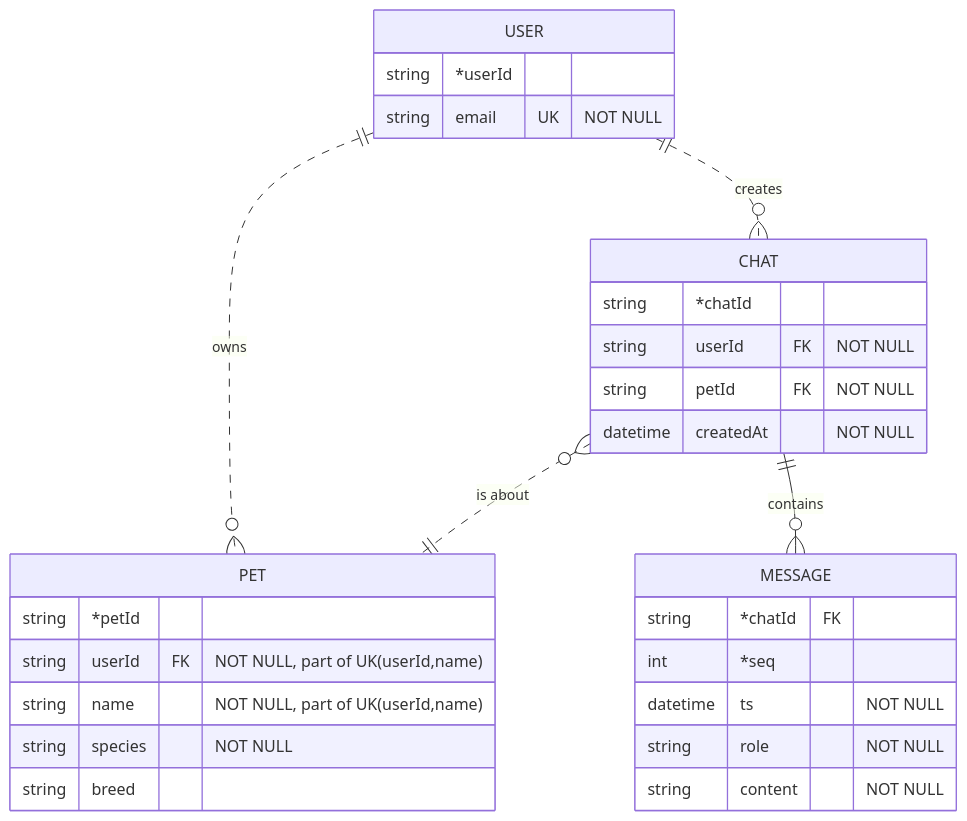
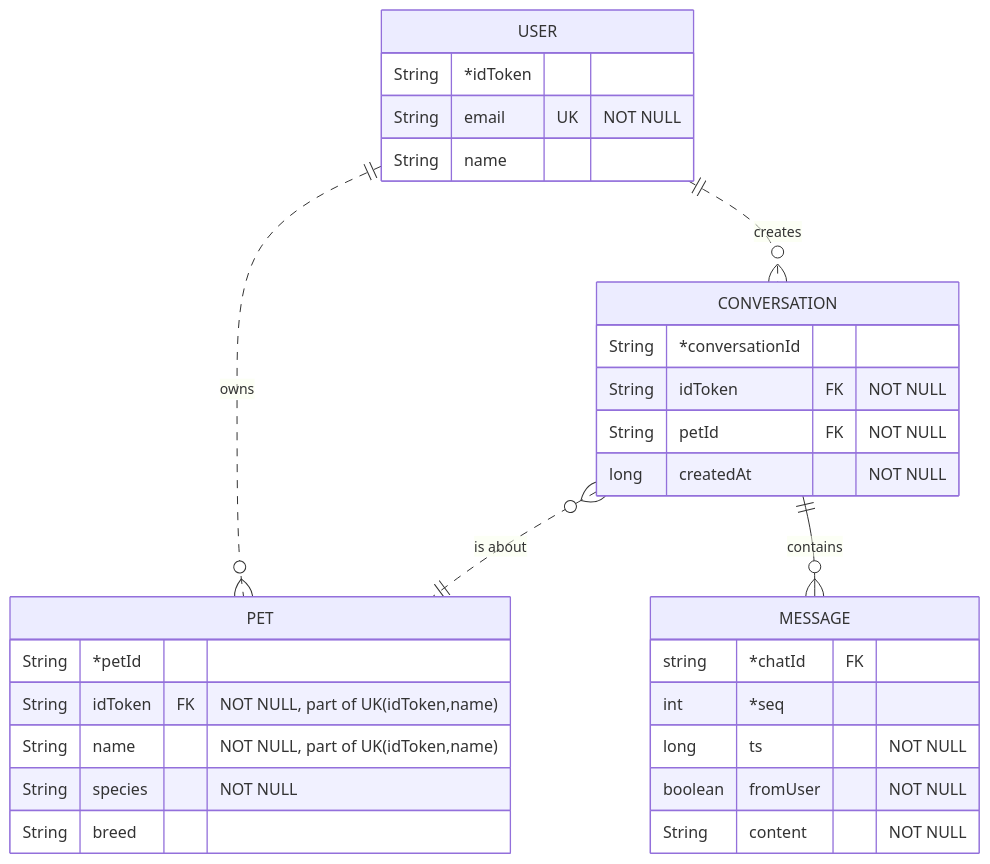
The diagram in README.md (Nicoletta-Leuzzi/Beagle), drawn with Mermaid before and after one commit.

Commit message:
Update attributi diagramma ER in README
Adattato diagramma a nuovi attributi e rinominazioni

````diff
--- a/README.md
+++ b/README.md
@@ -27,35 +27,36 @@
 ```mermaid
 erDiagram
   USER 1..0+ PET : owns
-  USER 1..0+ CHAT : creates
+  USER 1..0+ CONVERSATION : creates
   USER {
-    string *userId
-    string email UK "NOT NULL"
+    String *idToken
+    String email UK "NOT NULL"
+    String name
   }
 
-  %%UNIQUE (userId, name)
+  %%UNIQUE (idToken, name)
   PET {
-    string *petId
-    string userId FK "NOT NULL, part of UK(userId,name)"
-    string name "NOT NULL, part of UK(userId,name)"
-    string species "NOT NULL"
-    string breed
+    String *petId
+    String idToken FK "NOT NULL, part of UK(idToken,name)"
+    String name "NOT NULL, part of UK(idToken,name)"
+    String species "NOT NULL"
+    String breed
   }
 
-  CHAT 0+..1 PET : "is about"
-  CHAT 1--0+ MESSAGE : contains
-  CHAT {
-  string *chatId
-  string userId FK "NOT NULL"
-  string petId FK "NOT NULL"
-  datetime createdAt "NOT NULL"
+  CONVERSATION 0+..1 PET : "is about"
+  CONVERSATION 1--0+ MESSAGE : contains
+  CONVERSATION {
+  String *conversationId
+  String idToken FK "NOT NULL"
+  String petId FK "NOT NULL"
+  long createdAt "NOT NULL"
   }
 
   MESSAGE {
     string *chatId FK
     int *seq
-    datetime ts "NOT NULL"
-    string role "NOT NULL"
-    string content "NOT NULL"
+    long ts "NOT NULL"
+    boolean fromUser "NOT NULL"
+    String content "NOT NULL"
   }
 ```
````
